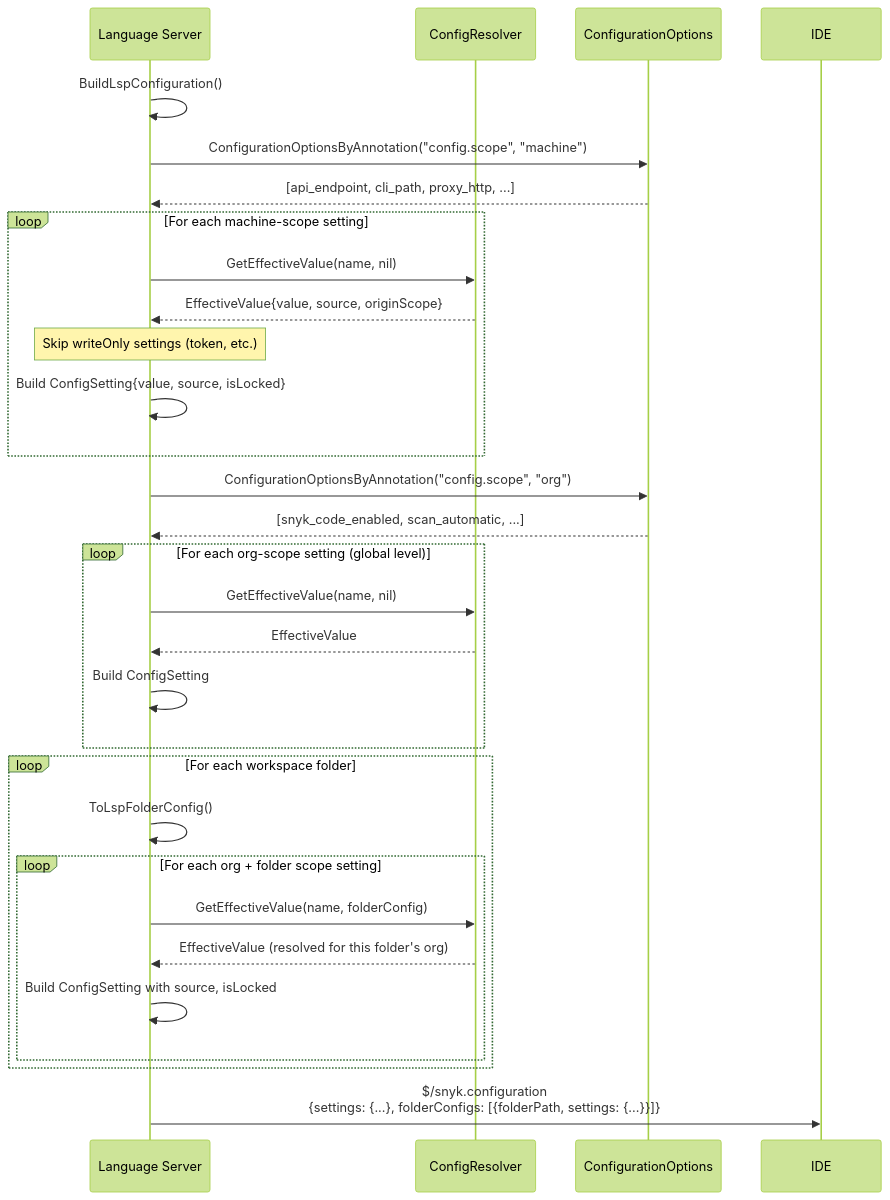
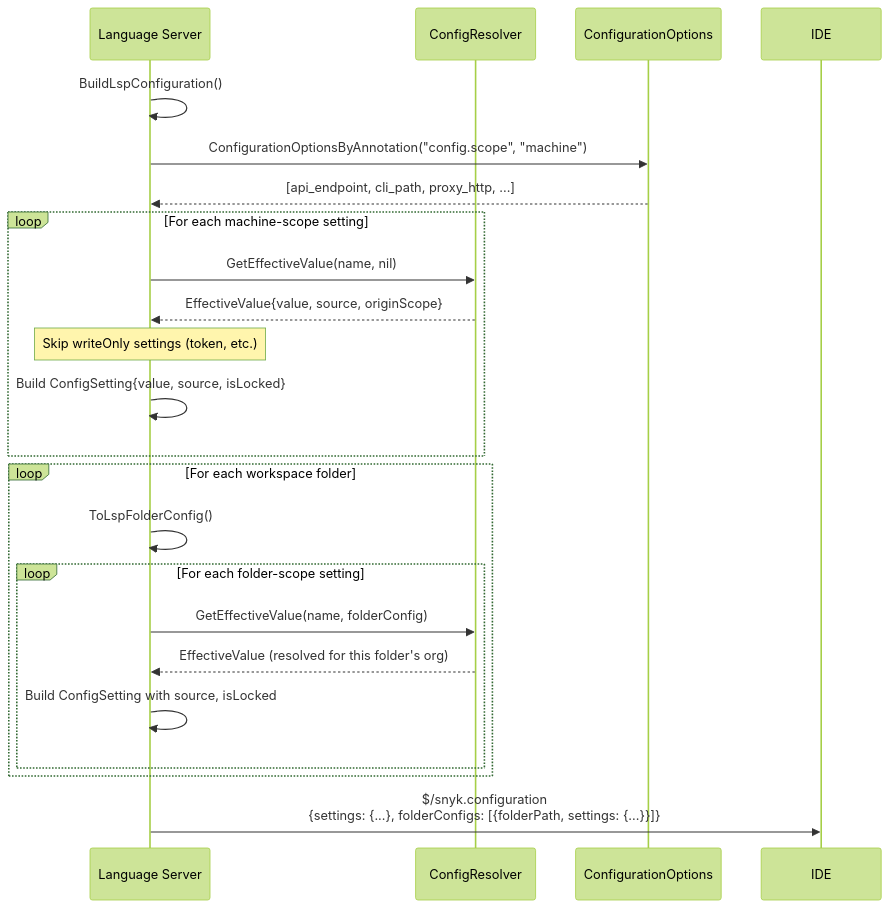
The eighth of 9 diagrams in docs/configuration.md (snyk/snyk-ls), drawn with Mermaid (forest theme) before and after one commit. The commit also changed other lines of this file and 4 other files, not shown here.

````diff
--- a/docs/configuration.md
+++ b/docs/configuration.md
@@ -437,37 +434,29 @@
 ```mermaid
 sequenceDiagram
     participant LS as Language Server
     participant Resolver as ConfigResolver
     participant CO as ConfigurationOptions
     participant IDE
 
     LS->>LS: BuildLspConfiguration()
     
     LS->>CO: ConfigurationOptionsByAnnotation("config.scope", "machine")
     CO-->>LS: [api_endpoint, cli_path, proxy_http, ...]
     loop For each machine-scope setting
         LS->>Resolver: GetEffectiveValue(name, nil)
         Resolver-->>LS: EffectiveValue{value, source, originScope}
         Note over LS: Skip writeOnly settings (token, etc.)
         LS->>LS: Build ConfigSetting{value, source, isLocked}
     end
 
-    LS->>CO: ConfigurationOptionsByAnnotation("config.scope", "org")
-    CO-->>LS: [snyk_code_enabled, scan_automatic, ...]
-    loop For each org-scope setting (global level)
-        LS->>Resolver: GetEffectiveValue(name, nil)
-        Resolver-->>LS: EffectiveValue
-        LS->>LS: Build ConfigSetting
-    end
-
     loop For each workspace folder
         LS->>LS: ToLspFolderConfig()
-        loop For each org + folder scope setting
+        loop For each folder-scope setting
             LS->>Resolver: GetEffectiveValue(name, folderConfig)
             Resolver-->>LS: EffectiveValue (resolved for this folder's org)
             LS->>LS: Build ConfigSetting with source, isLocked
         end
     end
 
     LS->>IDE: $/snyk.configuration<br/>{settings: {...}, folderConfigs: [{folderPath, settings: {...}}]}
 ```
````
